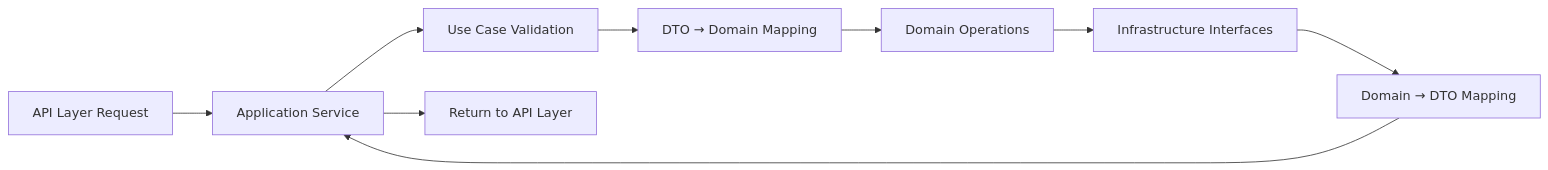
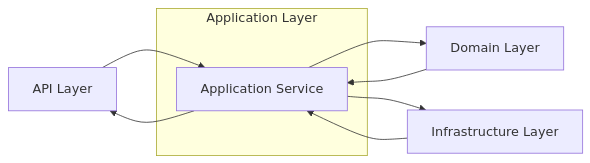
One commit to HChakraborty/DotnetMicroserviceTemplate changed the third of 5 diagrams in docs/architecture/overview.md. Above: the diagram before and after it, drawn with Mermaid. The commit also changed other lines of this file, not shown here.

Commit message:
docs: update overview.md diagrams

````diff
--- a/docs/architecture/overview.md
+++ b/docs/architecture/overview.md
@@ -128,18 +132,16 @@
 ```mermaid
 flowchart LR
-    API[API Layer Request] --> Service[Application Service]
+    API --> App
 
-    Service --> Validate[Use Case Validation]
+    subgraph Application Layer
+        App[Application Service]
+    end
 
-    Validate --> MapIn[DTO → Domain Mapping]
+    App --> Domain[Domain Layer]
+    App --> Infra[Infrastructure Layer]
 
-    MapIn --> Domain[Domain Operations]
+    Infra --> App
+    Domain --> App
 
-    Domain --> Interfaces[Infrastructure Interfaces]
-
-    Interfaces --> MapOut[Domain → DTO Mapping]
-
-    MapOut --> Service
-
-    Service --> APIResponse[Return to API Layer]
+    App --> API[API Layer]
 ```
````
